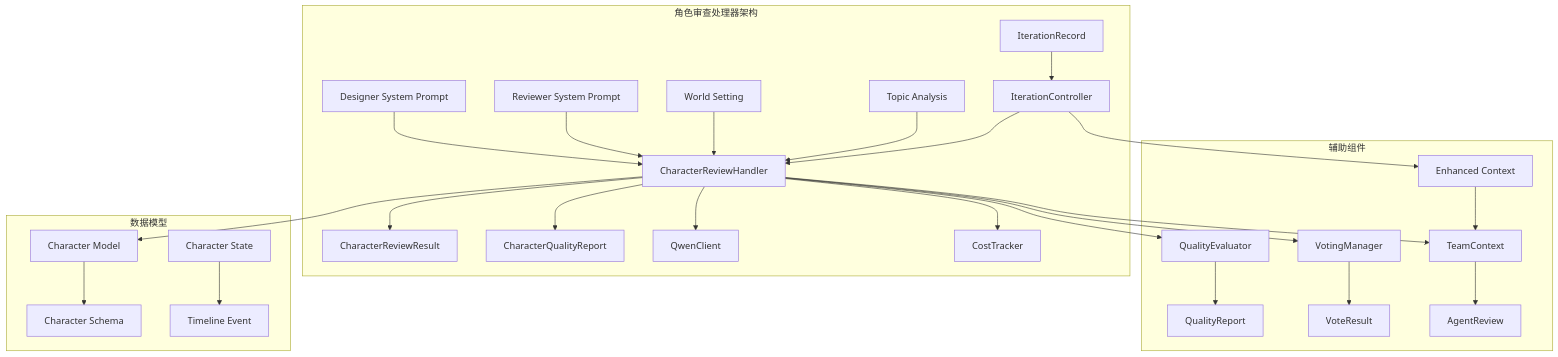
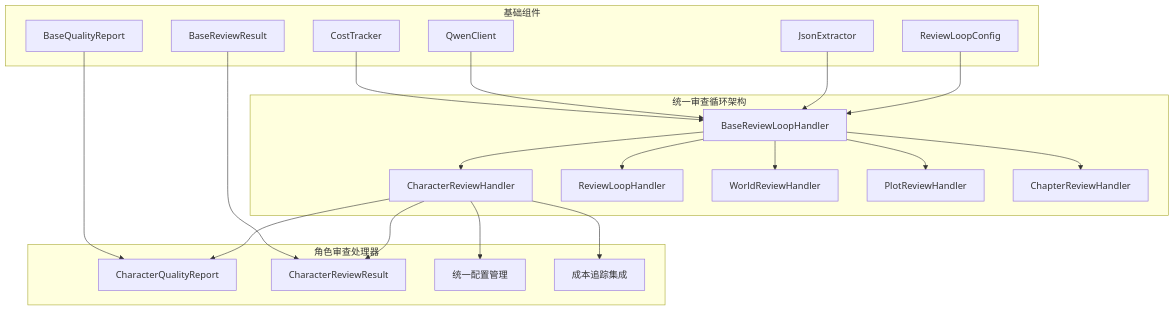
The first of 9 diagrams in .qoder/repowiki/zh/content/AI智能体系统/角色审查处理器.md (xfbyxq/ai-novel-system), drawn with Mermaid before and after one commit. The commit also changed other lines of this file and 84 other files, not shown here.

````diff
--- a/.qoder/repowiki/zh/content/AI智能体系统/角色审查处理器.md
+++ b/.qoder/repowiki/zh/content/AI智能体系统/角色审查处理器.md
@@ -48,30 +52,24 @@
 ```mermaid
 graph TB
-subgraph "角色审查处理器架构"
-A[CharacterReviewHandler] --> B[CharacterReviewResult]
-A --> C[CharacterQualityReport]
-A --> D[QwenClient]
-A --> E[CostTracker]
-F[Designer System Prompt] --> A
-G[Reviewer System Prompt] --> A
-H[World Setting] --> A
-I[Topic Analysis] --> A
-J[IterationController] --> A
-K[IterationRecord] --> J
+subgraph "统一审查循环架构"
+A[BaseReviewLoopHandler] --> B[CharacterReviewHandler]
+A --> C[ReviewLoopHandler]
+A --> D[WorldReviewHandler]
+A --> E[PlotReviewHandler]
+A --> F[ChapterReviewHandler]
 end
-subgraph "辅助组件"
-L[QualityEvaluator] --> M[QualityReport]
-N[VotingManager] --> O[VoteResult]
-P[TeamContext] --> Q[AgentReview]
-R[Enhanced Context] --> P
+subgraph "角色审查处理器"
+B --> G[CharacterQualityReport]
+B --> H[CharacterReviewResult]
+B --> I[统一配置管理]
+B --> J[成本追踪集成]
 end
-subgraph "数据模型"
-S[Character Model] --> T[Character Schema]
-U[Character State] --> V[Timeline Event]
+subgraph "基础组件"
+K[ReviewLoopConfig] --> A
+L[JsonExtractor] --> A
+M[BaseQualityReport] --> G
+N[BaseReviewResult] --> H
+O[QwenClient] --> A
+P[CostTracker] --> A
 end
-A --> L
-A --> N
-A --> P
-A --> S
-J --> R
 ```
````
